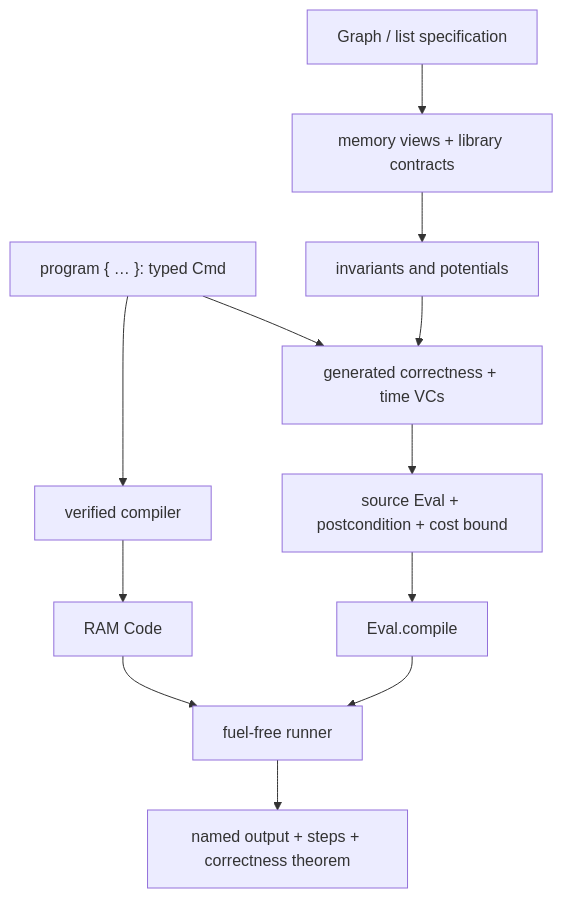
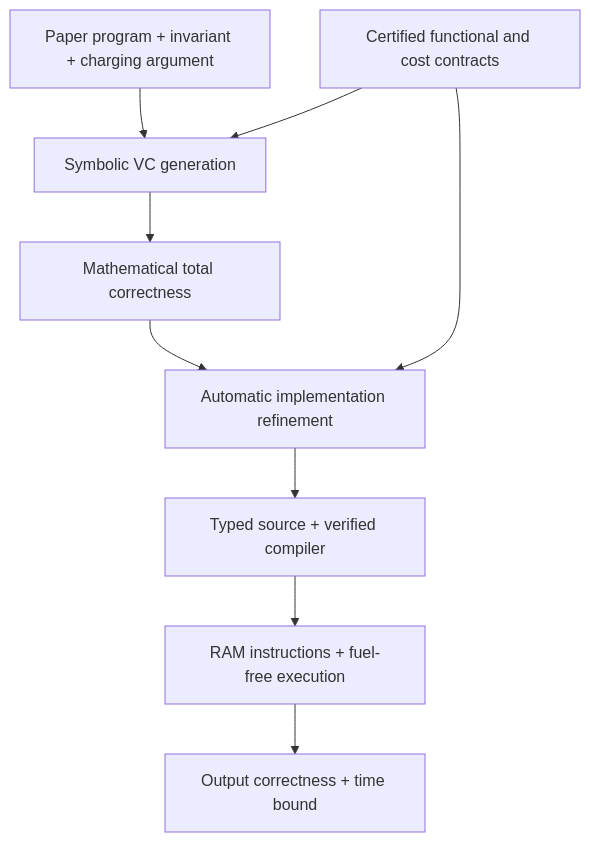
Before and after one commit to cslib-community/AlgoLib: the diagram in AlgoLib/Experimental/RAM/README.md, drawn with Mermaid. The commit also changed other lines of this file and 28 other files, not shown here.

Commit message:
Automate paper-level RAM proofs with certified contracts and framing

````diff
--- a/AlgoLib/Experimental/RAM/README.md
+++ b/AlgoLib/Experimental/RAM/README.md
@@ -47,14 +58,11 @@
 ```mermaid
 flowchart TD
-  DSL["program { … }: typed Cmd"] --> Compile["verified compiler"]
-  DSL --> VC["generated correctness + time VCs"]
-  Spec["Graph / list specification"] --> Lib["memory views + library contracts"]
-  Lib --> Proof["invariants and potentials"]
-  Proof --> VC
-  VC --> Contract["source Eval + postcondition + cost bound"]
-  Contract --> Preserve["Eval.compile"]
-  Compile --> Code["RAM Code"]
-  Code --> Run["fuel-free runner"]
-  Preserve --> Run
-  Run --> Result["named output + steps + correctness theorem"]
+  A[Paper program + invariant + charging argument] --> B[Symbolic VC generation]
+  C[Certified functional and cost contracts] --> B
+  B --> D[Mathematical total correctness]
+  D --> E[Automatic implementation refinement]
+  C --> E
+  E --> F[Typed source + verified compiler]
+  F --> G[RAM instructions + fuel-free execution]
+  G --> H[Output correctness + time bound]
 ```
````
